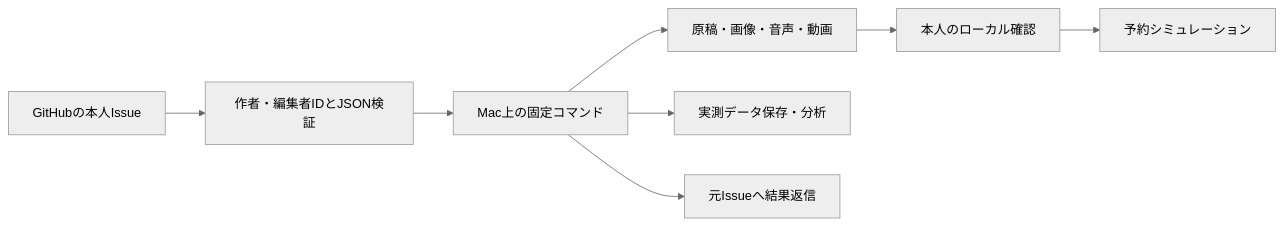
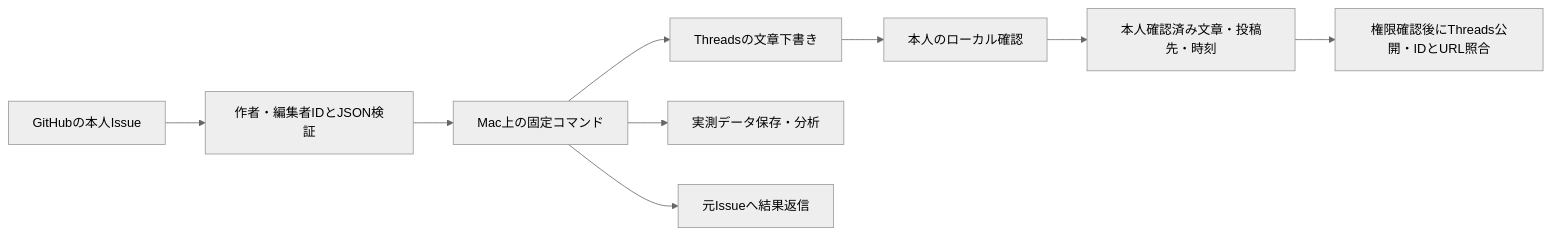
The diagram in docs/ARCHITECTURE.md (mailbox1156790-rgb/moco-sns-automation), drawn with Mermaid (neutral theme) before and after one commit. The commit also changed other lines of this file and 24 other files, not shown here.

````diff
--- a/docs/ARCHITECTURE.md
+++ b/docs/ARCHITECTURE.md
@@ -3,10 +3,11 @@
 ```mermaid
 flowchart LR
   G[GitHubの本人Issue] --> V[作者・編集者IDとJSON検証]
   V --> M[Mac上の固定コマンド]
-  M --> D[原稿・画像・音声・動画]
+  M --> D[Threadsの文章下書き]
   D --> R[本人のローカル確認]
-  R --> S[予約シミュレーション]
+  R --> S[本人確認済み文章・投稿先・時刻]
+  S --> P[権限確認後にThreads公開・IDとURL照合]
   M --> A[実測データ保存・分析]
   M --> C[元Issueへ結果返信]
 ```
````
